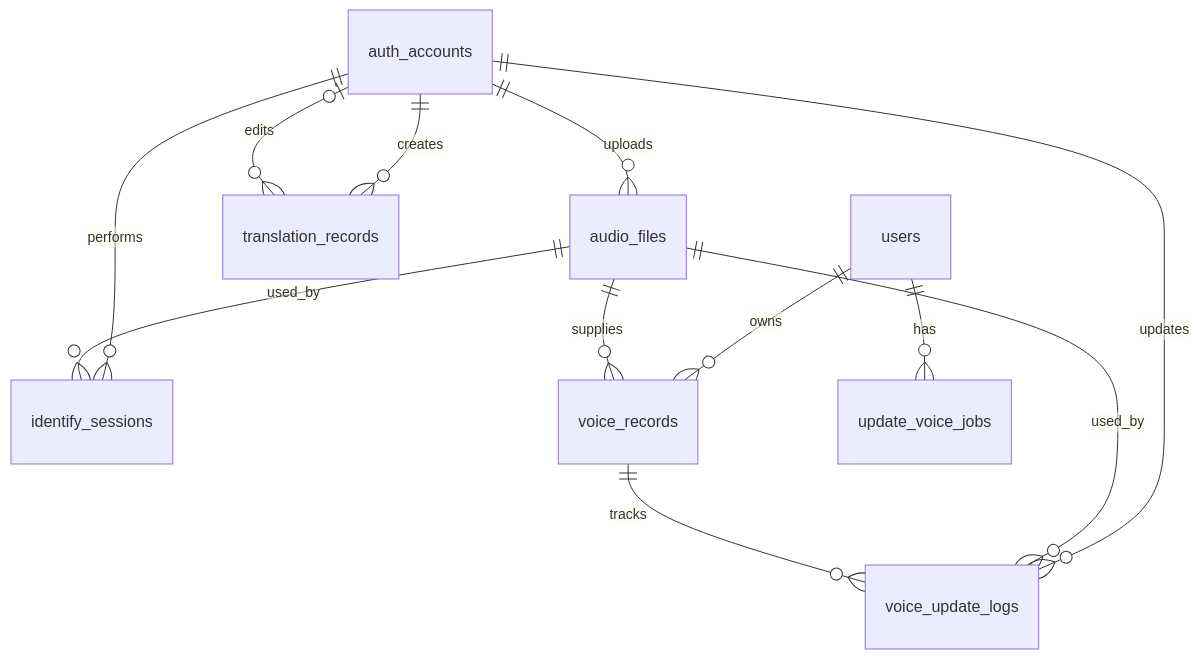
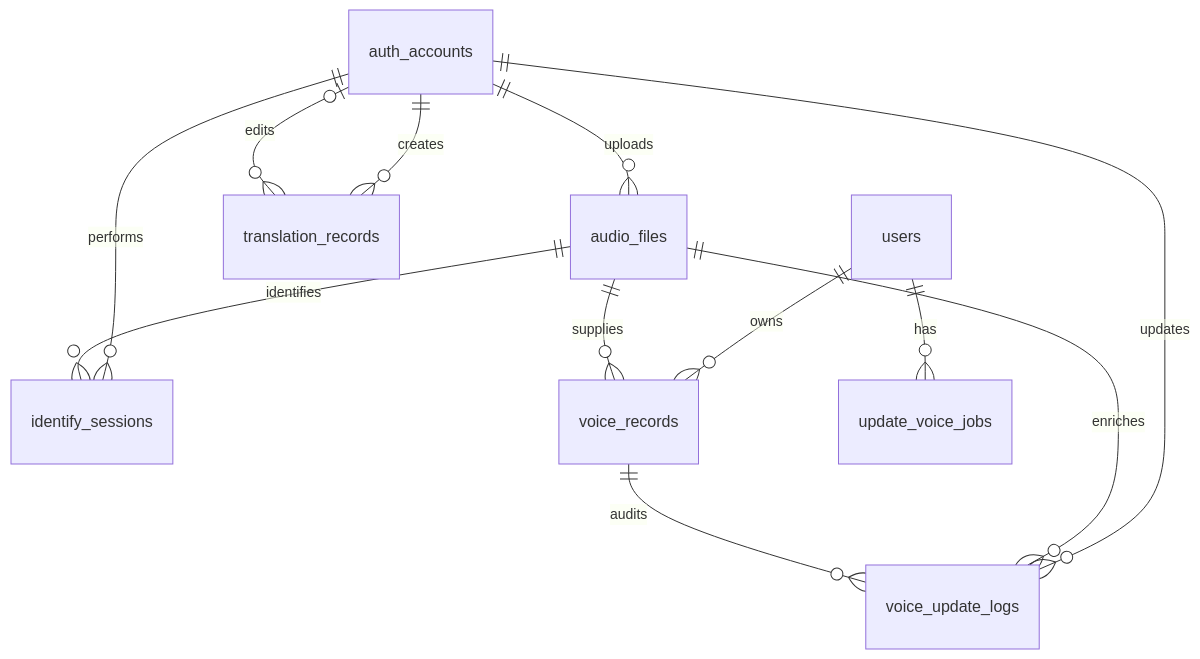
One commit to SSIT-joint-stock/identify-voice-base changed the first of 6 diagrams in docs/architecture/erd.md. Above: the diagram before and after it, drawn with Mermaid. The commit also changed other lines of this file, not shown here.

Commit message:
docs: update ERD documentation with detailed data model descriptions and relationships

````diff
--- a/docs/architecture/erd.md
+++ b/docs/architecture/erd.md
@@ -7,17 +25,17 @@
 ```mermaid
 erDiagram
     auth_accounts ||--o{ audio_files : uploads
     auth_accounts ||--o{ identify_sessions : performs
     auth_accounts ||--o{ voice_update_logs : updates
     auth_accounts ||--o{ translation_records : creates
     auth_accounts o|--o{ translation_records : edits
 
     users ||--o{ voice_records : owns
     users ||--o{ update_voice_jobs : has
 
     audio_files ||--o{ voice_records : supplies
-    audio_files ||--o{ identify_sessions : used_by
-    audio_files ||--o{ voice_update_logs : used_by
+    audio_files ||--o{ identify_sessions : identifies
+    audio_files ||--o{ voice_update_logs : enriches
 
-    voice_records ||--o{ voice_update_logs : tracks
+    voice_records ||--o{ voice_update_logs : audits
 ```
````
